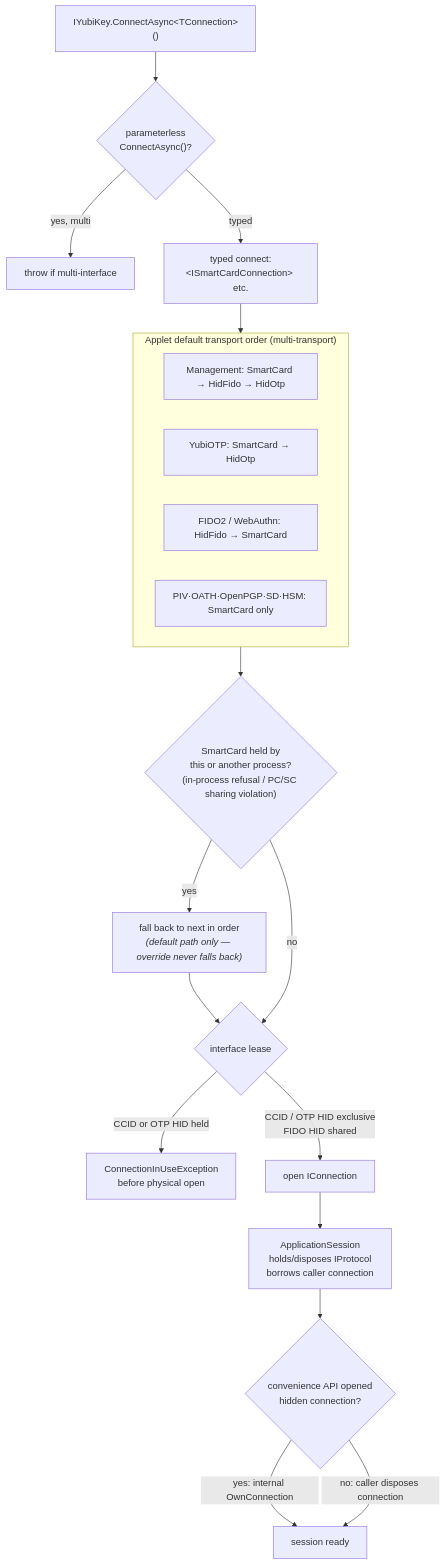
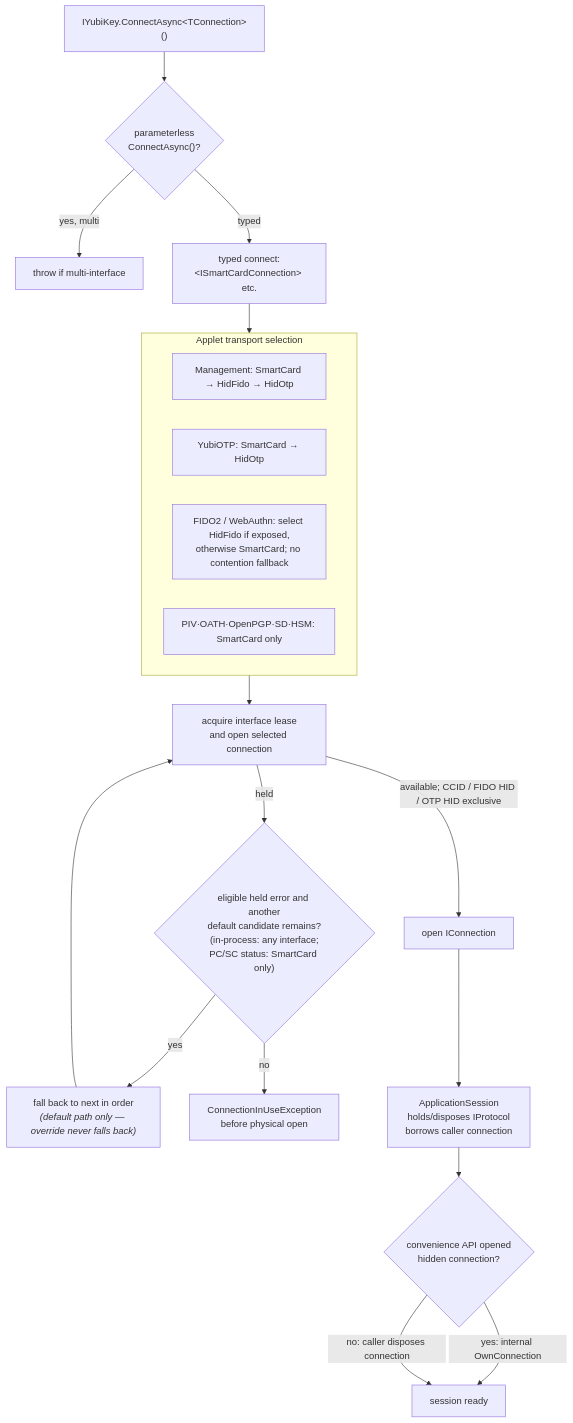
One commit to Yubico/Yubico.NET.SDK changed the seventh of 7 diagrams in docs/architecture/sdk-architecture-diagrams.md. Above: the diagram before and after it, drawn with Mermaid. The commit also changed other lines of this file and 38 other files, not shown here.

First line of the commit message:
fix(sessions): enforce exclusive FIDO ownership and safe teardown

````diff
--- a/docs/architecture/sdk-architecture-diagrams.md
+++ b/docs/architecture/sdk-architecture-diagrams.md
@@ -325,36 +325,36 @@
 ```mermaid
 flowchart TD
     Dev["IYubiKey.ConnectAsync&lt;TConnection&gt;()"]
     Q{"parameterless<br/>ConnectAsync()?"}
     Throw["throw if multi-interface"]
     Typed["typed connect:<br/>&lt;ISmartCardConnection&gt; etc."]
 
-    subgraph Applet["Applet default transport order (multi-transport)"]
+    subgraph Applet["Applet transport selection"]
         M["Management: SmartCard → HidFido → HidOtp"]
         O["YubiOTP: SmartCard → HidOtp"]
-        F["FIDO2 / WebAuthn: HidFido → SmartCard"]
+        F["FIDO2 / WebAuthn: select HidFido if exposed,<br/>otherwise SmartCard; no contention fallback"]
         S["PIV·OATH·OpenPGP·SD·HSM: SmartCard only"]
     end
 
-    FB{"SmartCard held by<br/>this or another process?<br/>(in-process refusal / PC/SC sharing violation)"}
+    Attempt["acquire interface lease<br/>and open selected connection"]
+    FB{"eligible held error and another<br/>default candidate remains?<br/>(in-process: any interface;<br/>PC/SC status: SmartCard only)"}
     Fallback["fall back to next in order<br/><i>(default path only — override never falls back)</i>"]
-    Lease{"interface lease"}
     Refuse["ConnectionInUseException<br/>before physical open"]
     Conn["open IConnection"]
     Session["ApplicationSession<br/>holds/disposes IProtocol<br/>borrows caller connection"]
     Own{"convenience API opened<br/>hidden connection?"}
     Ready["session ready"]
 
     Dev --> Q
     Q -->|yes, multi| Throw
     Q -->|typed| Typed
     Typed --> Applet
-    Applet --> FB
-    FB -->|yes| Fallback --> Lease
-    FB -->|no| Lease
-    Lease -->|CCID or OTP HID held| Refuse
-    Lease -->|CCID / OTP HID exclusive<br/>FIDO HID shared| Conn
+    Applet --> Attempt
+    Attempt -->|held| FB
+    FB -->|yes| Fallback --> Attempt
+    FB -->|no| Refuse
+    Attempt -->|available; CCID / FIDO HID / OTP HID exclusive| Conn
     Conn --> Session --> Own
     Own -->|yes: internal OwnConnection| Ready
     Own -->|no: caller disposes connection| Ready
 ```
````
